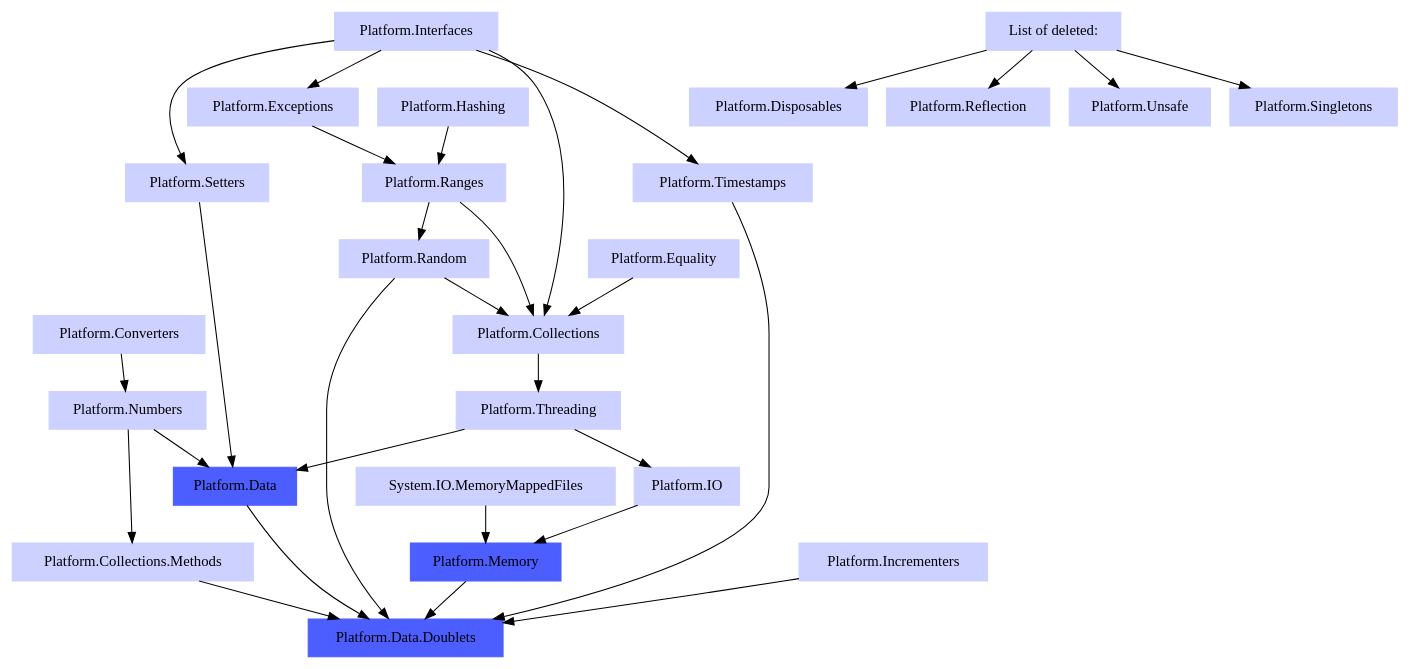
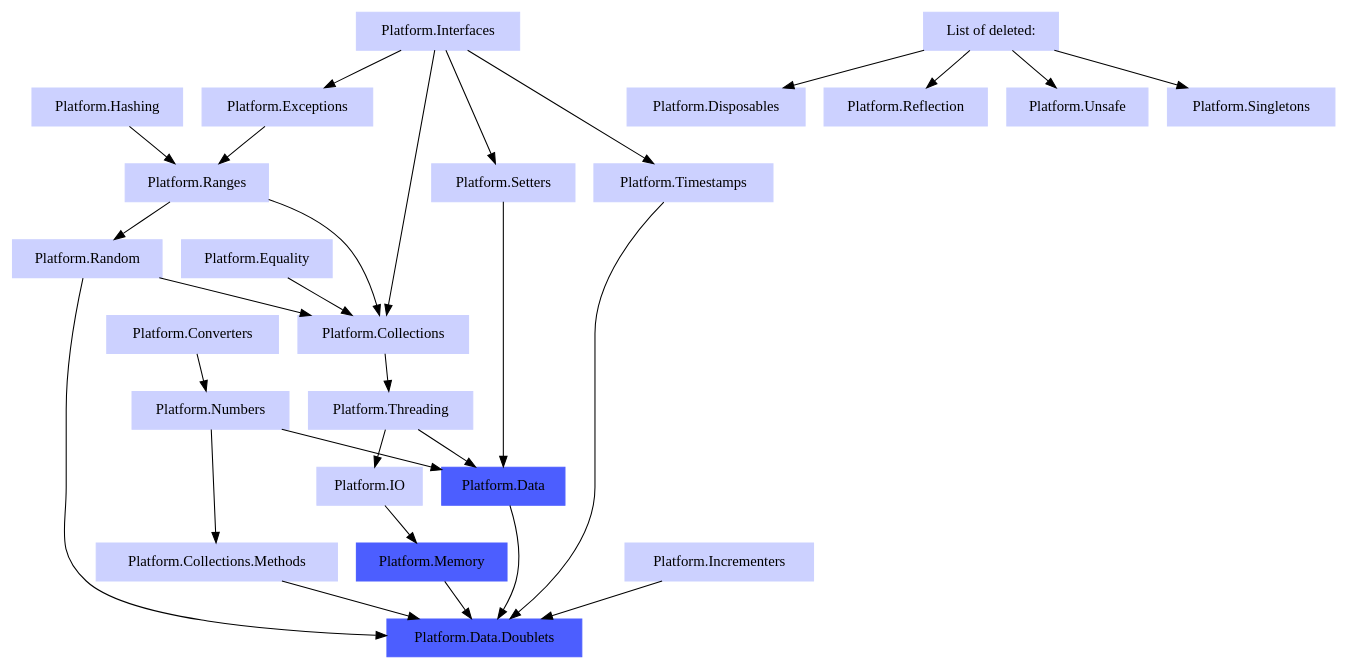
Before and after one commit to linksplatform/Documentation: the diagram in doc/Dependencies/Platform.Data.Doublets.cpp.dot, drawn with Graphviz.

```diff
--- a/doc/Dependencies/Platform.Data.Doublets.cpp.dot
+++ b/doc/Dependencies/Platform.Data.Doublets.cpp.dot
@@ -1,70 +1,68 @@
 digraph PlatformDataDoubletsDependencies {
   node [style=filled, color="0.650 0.200 1.000", shape="rectangle"]
 
-   
+
   "Platform.Interfaces" -> "Platform.Exceptions" 
   "Platform.Interfaces" -> "Platform.Collections"
   "Platform.Ranges" -> "Platform.Collections"
   "Platform.Random" -> "Platform.Collections"
-  
+
   "Platform.Exceptions" -> "Platform.Ranges"
 
 
   "Platform.Threading" -> "Platform.IO"
 
   "Platform.Collections" -> "Platform.Threading"
 
   "Platform.Converters" -> "Platform.Numbers"
 
   "Platform.Numbers" -> "Platform.Collections.Methods"
 
   "Platform.Ranges" -> "Platform.Random"
 
   "Platform.Interfaces" -> "Platform.Timestamps"
 
   "Platform.Interfaces" -> "Platform.Setters"
 
-  "System.IO.MemoryMappedFiles" -> "Platform.Memory"
   "Platform.IO" -> "Platform.Memory"
 
   "Platform.Threading" -> "Platform.Data"
   "Platform.Numbers" -> "Platform.Data"
   "Platform.Setters" -> "Platform.Data"
 
   "Platform.Random" -> "Platform.Data.Doublets"
   "Platform.Timestamps" -> "Platform.Data.Doublets"
   "Platform.Collections.Methods" -> "Platform.Data.Doublets"
   "Platform.Memory" -> "Platform.Data.Doublets"
   "Platform.Data" -> "Platform.Data.Doublets"
   "Platform.Incrementers" -> "Platform.Data.Doublets"
 
   "List of deleted: " -> "Platform.Disposables"
   "List of deleted: " -> "Platform.Reflection"
   "List of deleted: " -> "Platform.Unsafe"
   "List of deleted: " -> "Platform.Singletons"
 
   "Platform.Hashing" -> "Platform.Ranges"
   "Platform.Equality" -> "Platform.Collections"
 
   "Platform.Exceptions" [href="https://github.com/linksplatform/Exceptions"]
   "Platform.Disposables" [href="https://github.com/linksplatform/Disposables"]
   "Platform.Unsafe" [href="https://github.com/linksplatform/Unsafe"]
   "Platform.Collections" [href="https://github.com/linksplatform/Collections"]
   "Platform.Converters" [href="https://github.com/linksplatform/Converters"]
   "Platform.Ranges" [href="https://github.com/linksplatform/Ranges"]
   "Platform.Interfaces" [href="https://github.com/linksplatform/Interfaces"]
   "Platform.Incrementers" [href="https://github.com/linksplatform/Incrementers"]
   "Platform.Reflection" [href="https://github.com/linksplatform/Reflection"]
-  "System.IO.MemoryMappedFiles" [href="https://www.nuget.org/packages/System.IO.MemoryMappedFiles"]
   "Platform.IO" [href="https://github.com/linksplatform/IO"]
   "Platform.Threading" [href="https://github.com/linksplatform/Threading"]
   "Platform.Numbers" [href="https://github.com/linksplatform/Numbers"]
   "Platform.Setters" [href="https://github.com/linksplatform/Setters"]
   "Platform.Random" [href="https://github.com/linksplatform/Random"]
   "Platform.Timestamps" [href="https://github.com/linksplatform/Timestamps"]
   "Platform.Collections.Methods" [href="https://github.com/linksplatform/Collections.Methods"]
   "Platform.Singletons" [href="https://github.com/linksplatform/Singletons"]
   "Platform.Memory" [color="0.650 0.700 1.000", href="https://github.com/linksplatform/Memory"]
   "Platform.Data" [color="0.650 0.700 1.000", href="https://github.com/linksplatform/Data"]
   "Platform.Data.Doublets" [color="0.650 0.700 1.000", style=filled, href="https://github.com/linksplatform/Data.Doublets"]
 }
```
